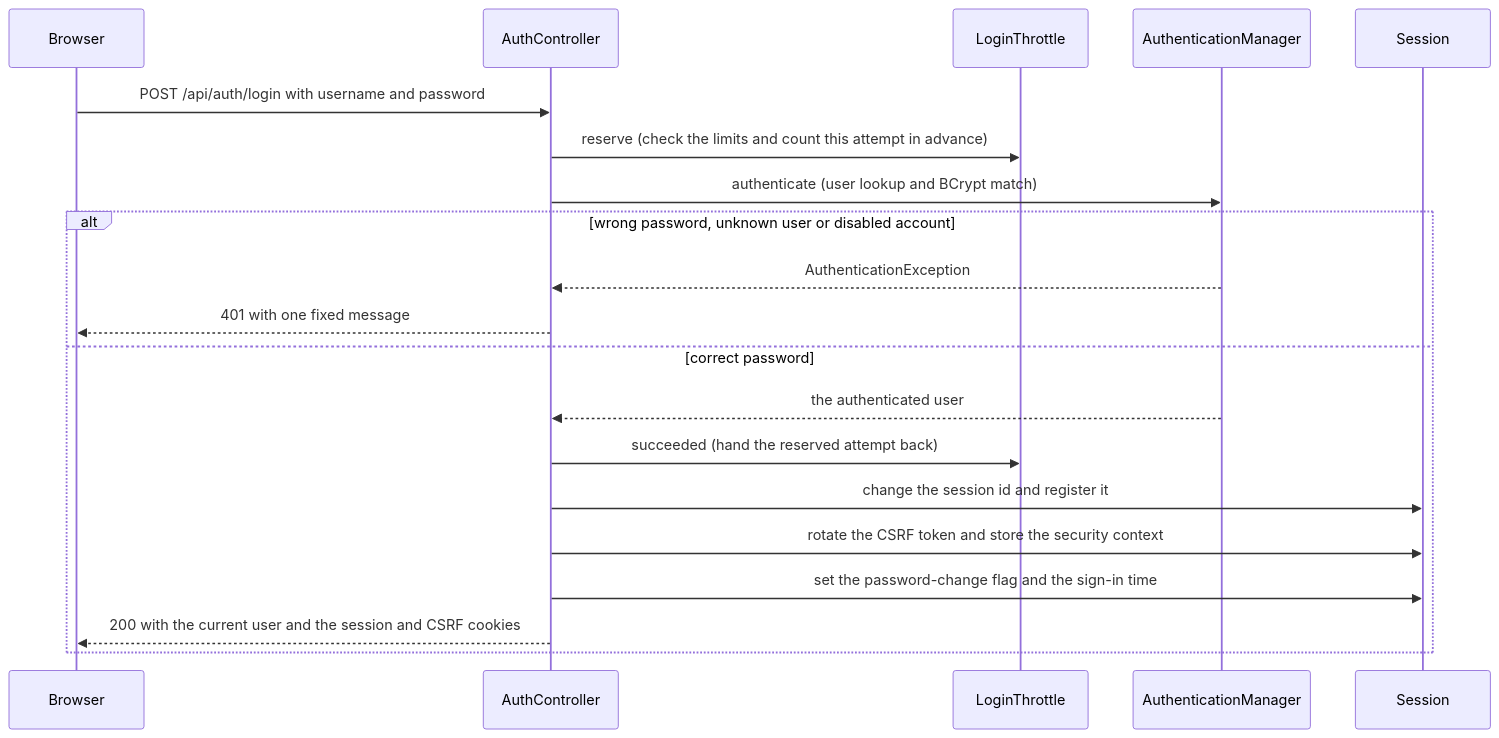
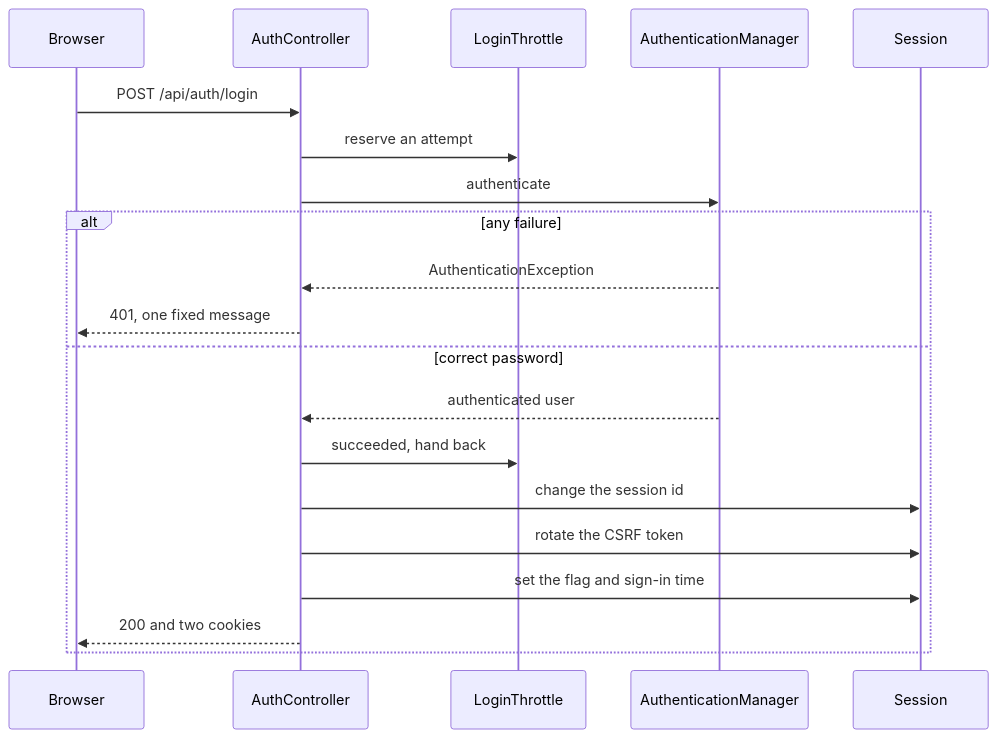
One commit to Sriram-Codes-SW/secure-doc-viewer changed the diagram in book/part-2-backend/15-spring-security-authentication.md. Above: the diagram before and after it, drawn with Mermaid. The commit also changed 31 other files, not shown here.

Commit message:
Book: interior layout design, diagram restructuring for print size, mermaid config, measure helper

````diff
--- a/book/part-2-backend/15-spring-security-authentication.md
+++ b/book/part-2-backend/15-spring-security-authentication.md
@@ -177,22 +177,22 @@
 ```mermaid
 sequenceDiagram
     participant B as Browser
     participant A as AuthController
     participant T as LoginThrottle
     participant M as AuthenticationManager
     participant S as Session
-    B->>A: POST /api/auth/login with username and password
-    A->>T: reserve (check the limits and count this attempt in advance)
-    A->>M: authenticate (user lookup and BCrypt match)
-    alt wrong password, unknown user or disabled account
+    B->>A: POST /api/auth/login
+    A->>T: reserve an attempt
+    A->>M: authenticate
+    alt any failure
         M-->>A: AuthenticationException
-        A-->>B: 401 with one fixed message
+        A-->>B: 401, one fixed message
     else correct password
-        M-->>A: the authenticated user
-        A->>T: succeeded (hand the reserved attempt back)
-        A->>S: change the session id and register it
-        A->>S: rotate the CSRF token and store the security context
-        A->>S: set the password-change flag and the sign-in time
-        A-->>B: 200 with the current user and the session and CSRF cookies
+        M-->>A: authenticated user
+        A->>T: succeeded, hand back
+        A->>S: change the session id
+        A->>S: rotate the CSRF token
+        A->>S: set the flag and sign-in time
+        A-->>B: 200 and two cookies
     end
 ```
````
